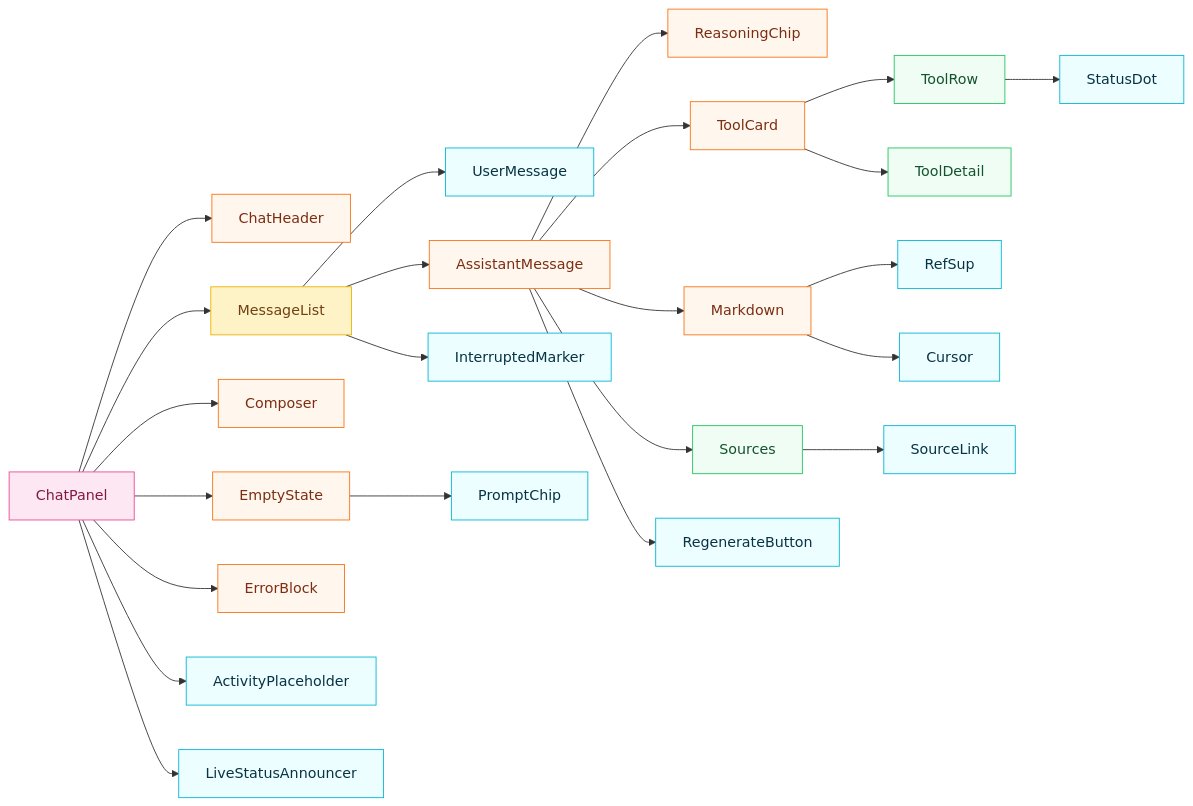
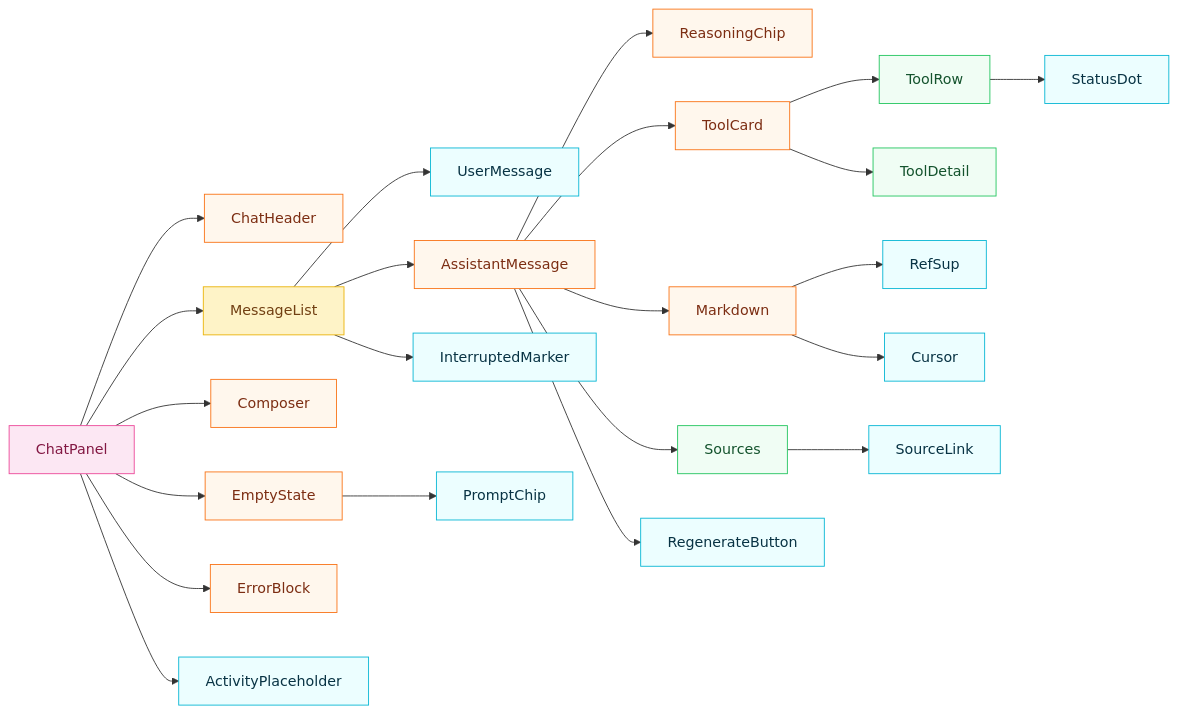
The second of 4 diagrams in docs/frontend_chat_architecture.md (wei-yiting/fin-lab-x), drawn with Mermaid before and after one commit. The commit also changed other lines of this file and 8 other files, not shown here.

````diff
--- a/docs/frontend_chat_architecture.md
+++ b/docs/frontend_chat_architecture.md
@@ -97,43 +96,42 @@
 ```mermaid
 flowchart LR
     ChatPanel --> ChatHeader
     ChatPanel --> MessageList
     ChatPanel --> Composer
     ChatPanel --> EmptyState
     ChatPanel --> ErrorBlock
     ChatPanel --> ActivityPlaceholder
-    ChatPanel --> LiveStatusAnnouncer
 
     MessageList --> UserMessage
     MessageList --> AssistantMessage
     MessageList --> InterruptedMarker
 
     AssistantMessage --> ReasoningChip
     AssistantMessage --> ToolCard
     AssistantMessage --> Markdown
     AssistantMessage --> Sources
     AssistantMessage --> RegenerateButton
 
     ToolCard --> ToolRow
     ToolCard --> ToolDetail
     ToolRow --> StatusDot
 
     Markdown --> RefSup
     Markdown --> Cursor
 
     Sources --> SourceLink
 
     EmptyState --> PromptChip
 
     classDef atomCls fill:#ecfeff,stroke:#06b6d4,color:#083344
     classDef moleculeCls fill:#f0fdf4,stroke:#22c55e,color:#14532d
     classDef organismCls fill:#fff7ed,stroke:#f97316,color:#7c2d12
     classDef templateCls fill:#fef3c7,stroke:#eab308,color:#713f12
     classDef pageCls fill:#fce7f3,stroke:#ec4899,color:#831843
 
-    class StatusDot,RefSup,Cursor,ActivityPlaceholder,PromptChip,RegenerateButton,InterruptedMarker,LiveStatusAnnouncer,SourceLink,UserMessage atomCls
+    class StatusDot,RefSup,Cursor,ActivityPlaceholder,PromptChip,RegenerateButton,InterruptedMarker,SourceLink,UserMessage atomCls
     class ToolRow,ToolDetail,Sources moleculeCls
     class ReasoningChip,ChatHeader,AssistantMessage,ToolCard,Markdown,ErrorBlock,Composer,EmptyState organismCls
     class MessageList templateCls
     class ChatPanel pageCls
 ```
````
